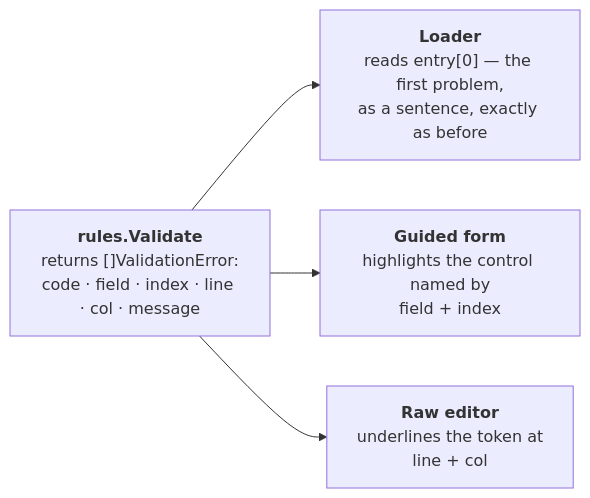
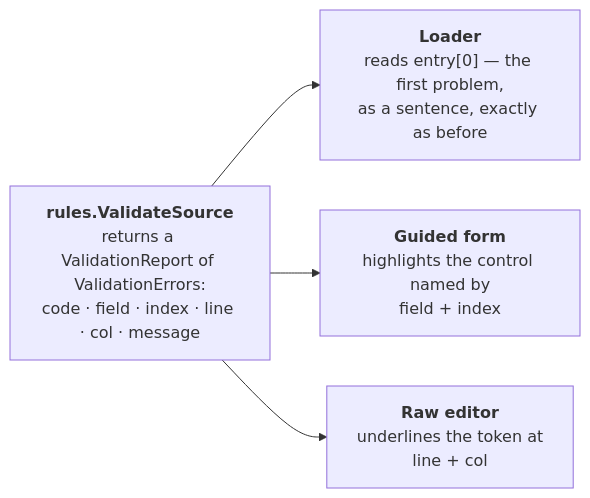
One commit to aoiflux/rohy changed diagram 14 of 22 in LLD.md. Above: the diagram before and after it, drawn with Mermaid. The commit also changed other lines of this file and 34 other files, not shown here.

````diff
--- a/LLD.md
+++ b/LLD.md
@@ -1139,7 +1161,7 @@
 ```mermaid
 flowchart LR
-    val["<b>rules.Validate</b><br/>returns []ValidationError:<br/>code · field · index · line · col · message"]
+    val["<b>rules.ValidateSource</b><br/>returns a ValidationReport of ValidationErrors:<br/>code · field · index · line · col · message"]
     val --> load["<b>Loader</b><br/>reads entry[0] — the first problem,<br/>as a sentence, exactly as before"]
     val --> guided["<b>Guided form</b><br/>highlights the control named by<br/>field + index"]
     val --> raw["<b>Raw editor</b><br/>underlines the token at<br/>line + col"]
 ```
````
